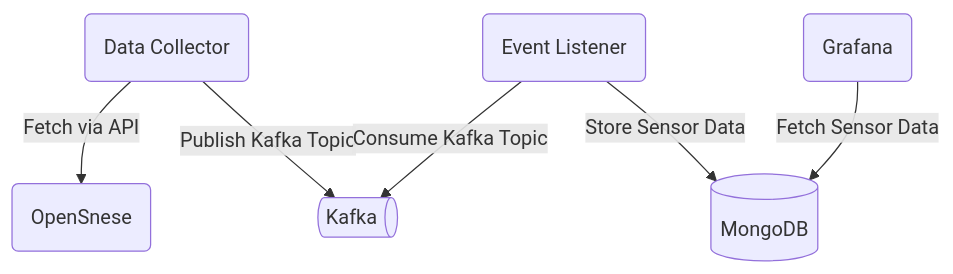
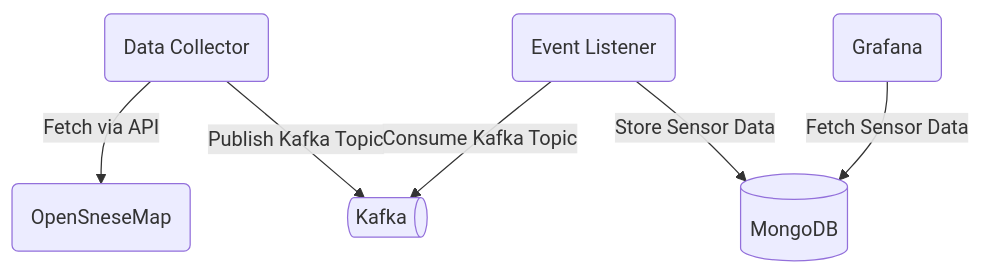
One commit to sammy11111/kafka-iot changed the diagram in architecture/system-context.mmd. Above: the diagram before and after it, drawn with Mermaid. The commit also changed 3 other files, not shown here.

Commit message:
Rename OpenSense to OpenSenseMap

```diff
--- a/architecture/system-context.mmd
+++ b/architecture/system-context.mmd
@@ -1,13 +1,13 @@
 flowchart TD
-    OS(OpenSnese)
+    OS(OpenSneseMap)
     DC(Data Collector)
     KK@{shape: das, label: "Kafka"}
     EL(Event Listener)
     DB[(MongoDB)]
     GN(Grafana)
 
     DC-->|Fetch via API|OS
     DC-->|Publish Kafka Topic|KK
     EL-->|Consume Kafka Topic|KK
     EL-->|Store Sensor Data|DB
     GN-->|Fetch Sensor Data|DB
```
